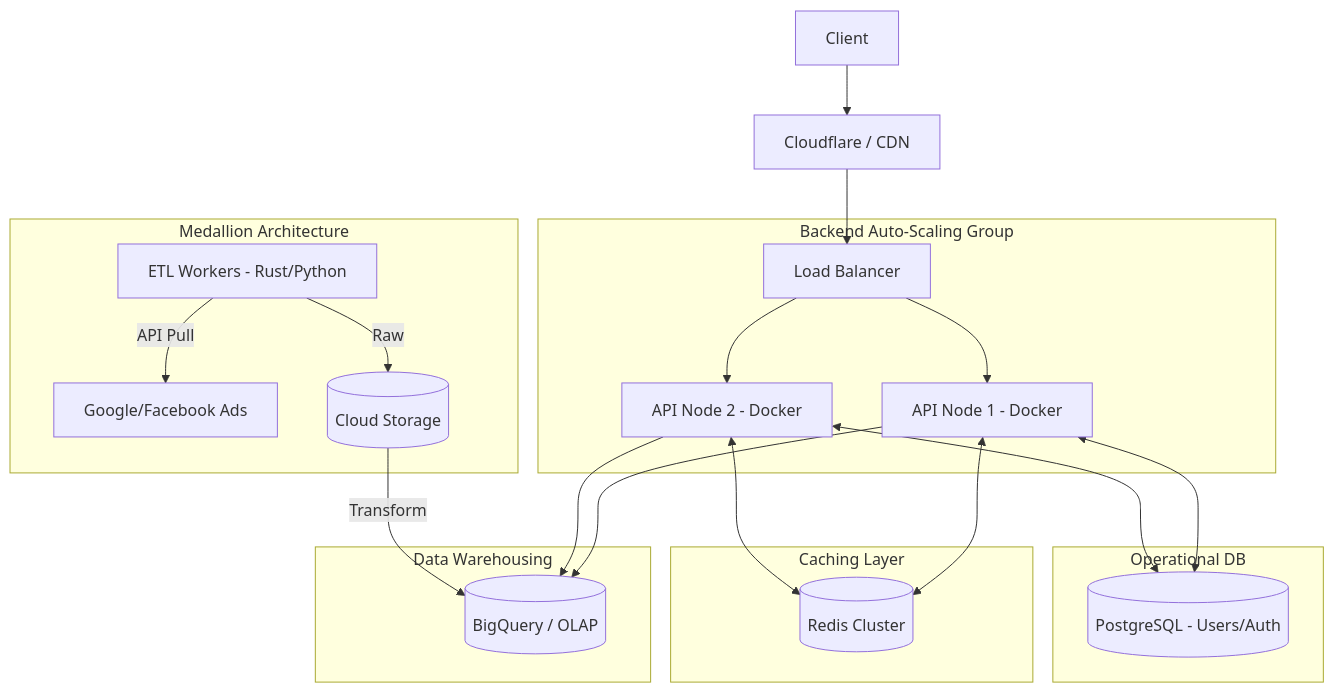
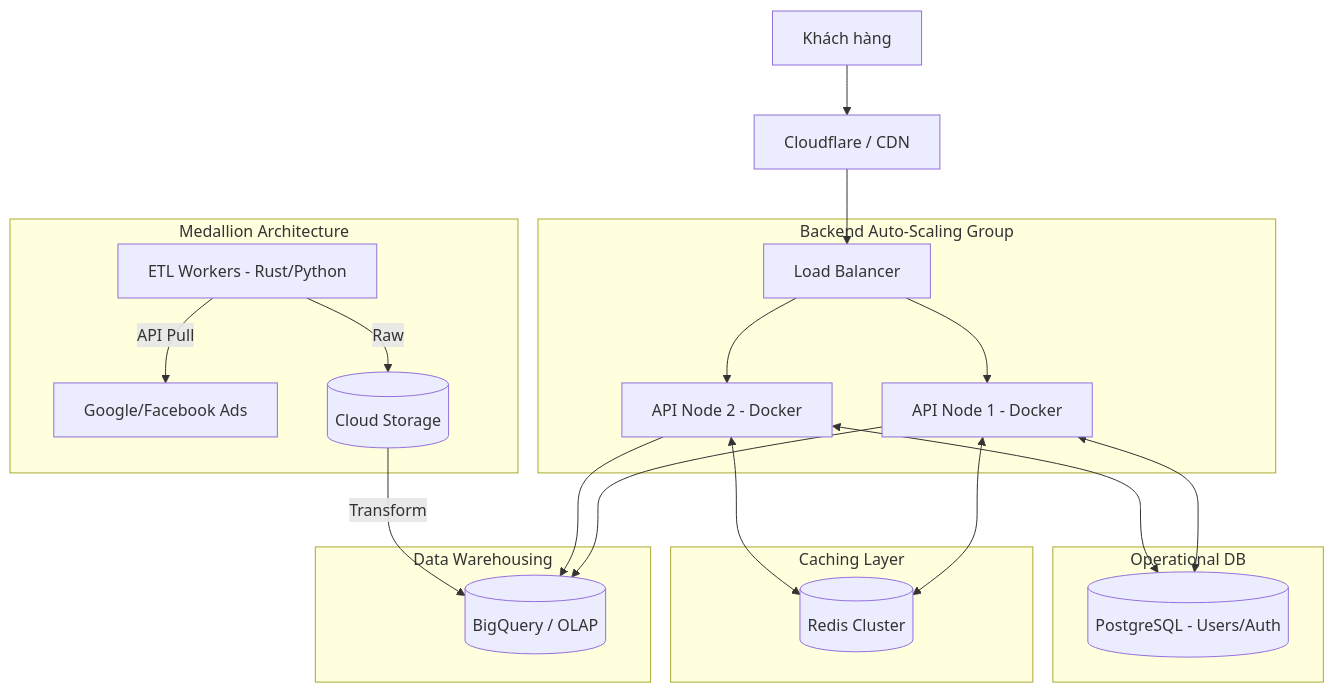
The diagram in src/data/blog/en/61-2026-09-28-optimizing-the-ad-performance-reporting-system-for-1000-ccu.md (ga2631/ga2631.github.io), drawn with Mermaid before and after one commit. The commit also changed other lines of this file and 230 other files, not shown here.

````diff
--- a/src/data/blog/en/61-2026-09-28-optimizing-the-ad-performance-reporting-system-for-1000-ccu.md
+++ b/src/data/blog/en/61-2026-09-28-optimizing-the-ad-performance-reporting-system-for-1000-ccu.md
@@ -33,31 +34,31 @@
 ```mermaid
 graph TD
-    Client[Client] --> CDN[Cloudflare / CDN]
+    Client[Khách hàng] --> CDN[Cloudflare / CDN]
     CDN --> LB[Load Balancer]
 
     subgraph App Cluster [Backend Auto-Scaling Group]
         LB --> API1[API Node 1 - Docker]
         LB --> API2[API Node 2 - Docker]
     end
 
     subgraph Caching Layer
         API1 <--> Redis[(Redis Cluster)]
         API2 <--> Redis
     end
 
     subgraph Data Warehousing
         API1 --> BQ[(BigQuery / OLAP)]
         API2 --> BQ
     end
 
     subgraph Operational DB
         API1 <--> PG[(PostgreSQL - Users/Auth)]
         API2 <--> PG
     end
 
     subgraph Data Pipeline [Medallion Architecture]
         Extract[ETL Workers - Rust/Python] -->|API Pull| AdNetworks[Google/Facebook Ads]
         Extract -->|Raw| Datalake[(Cloud Storage)]
         Datalake -->|Transform| BQ
     end
 ```
````
